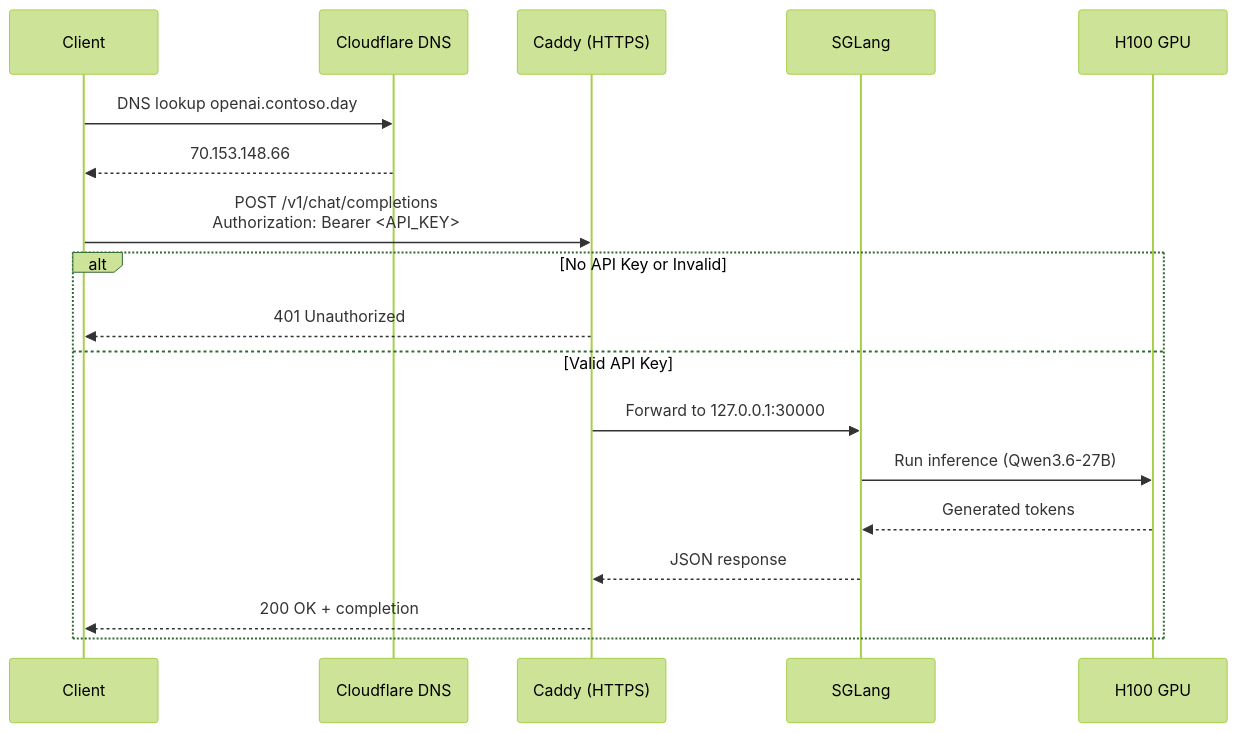
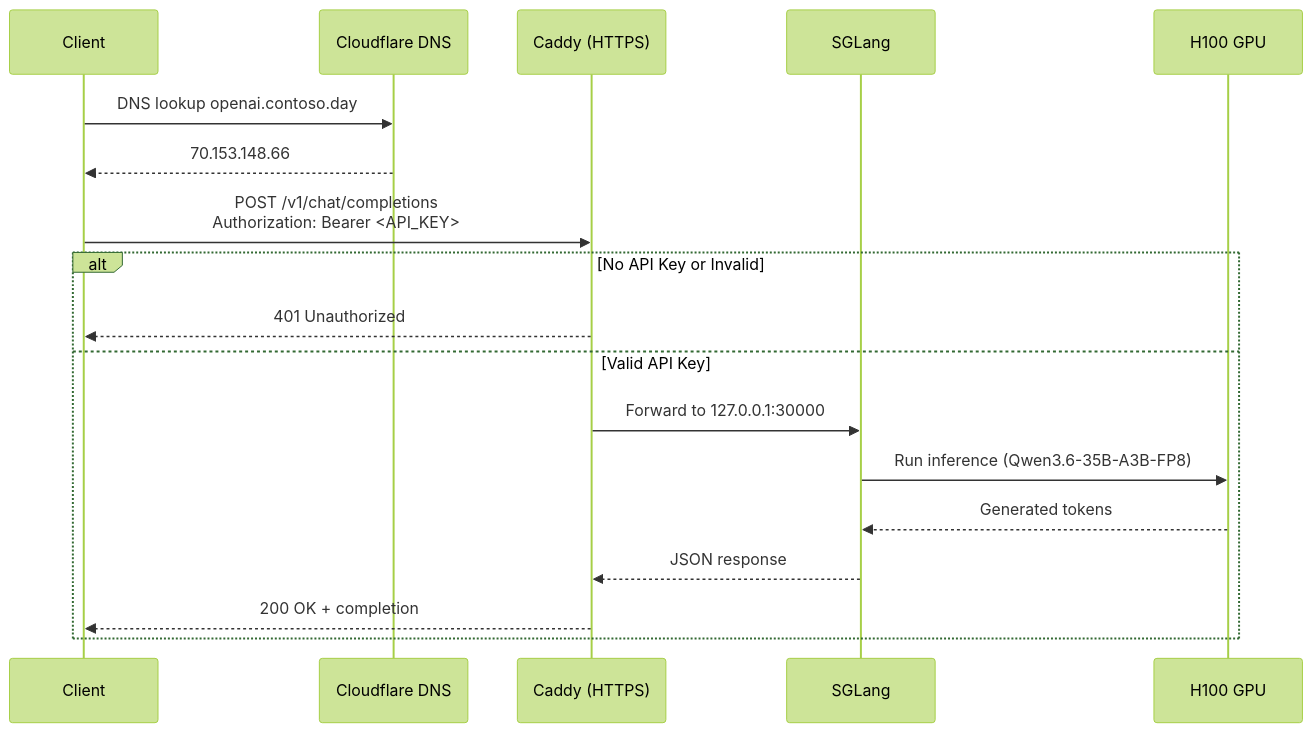
The second of 3 diagrams in README.md (ibranibeny/sglang-azure-workshop), drawn with Mermaid (forest theme) before and after one commit. The commit also changed other lines of this file and 1 other file, not shown here.

Commit message:
docs: update model path to Qwen/Qwen3.6-35B-A3B-FP8 in READMEs

````diff
--- a/README.md
+++ b/README.md
@@ -57,23 +57,23 @@
 ```mermaid
 sequenceDiagram
     participant C as Client
     participant CF as Cloudflare DNS
     participant CA as Caddy (HTTPS)
     participant SG as SGLang
     participant GPU as H100 GPU
     
     C->>CF: DNS lookup openai.contoso.day
     CF-->>C: 70.153.148.66
     
     C->>CA: POST /v1/chat/completions<br/>Authorization: Bearer <API_KEY>
     
     alt No API Key or Invalid
         CA-->>C: 401 Unauthorized
     else Valid API Key
         CA->>SG: Forward to 127.0.0.1:30000
-        SG->>GPU: Run inference (Qwen3.6-27B)
+        SG->>GPU: Run inference (Qwen3.6-35B-A3B-FP8)
         GPU-->>SG: Generated tokens
         SG-->>CA: JSON response
         CA-->>C: 200 OK + completion
     end
 ```
````
